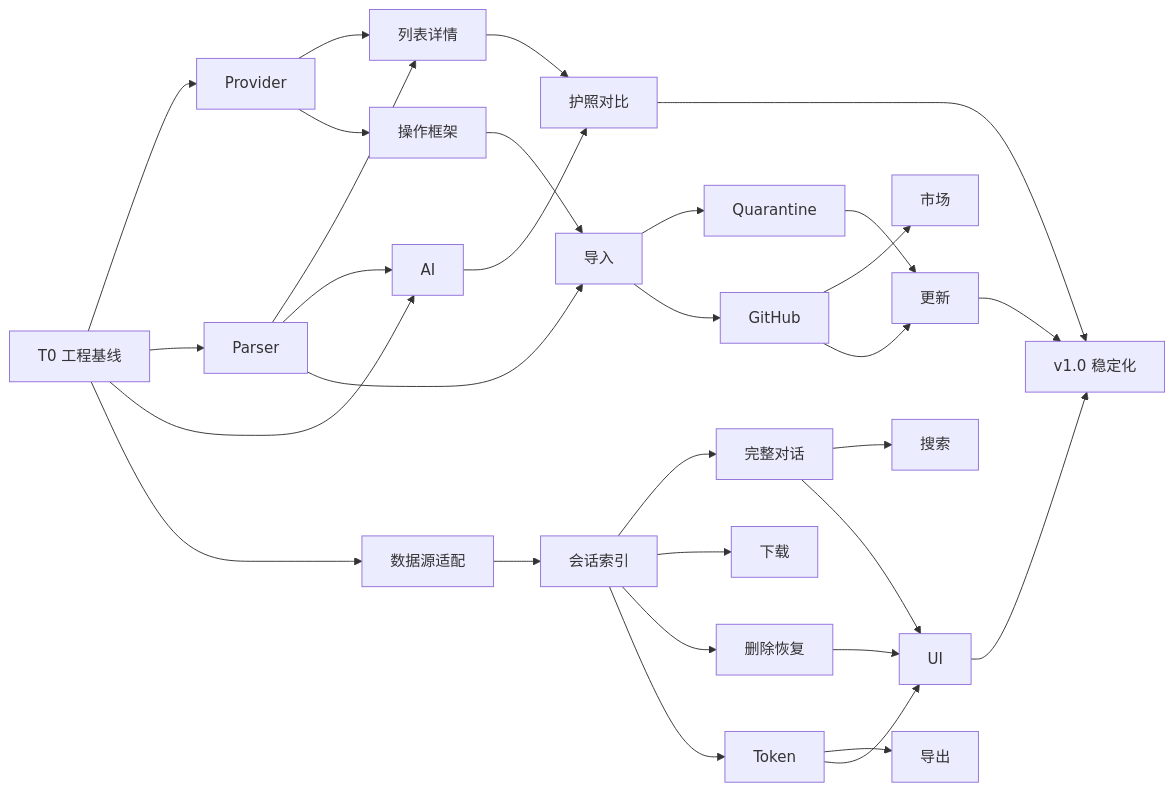
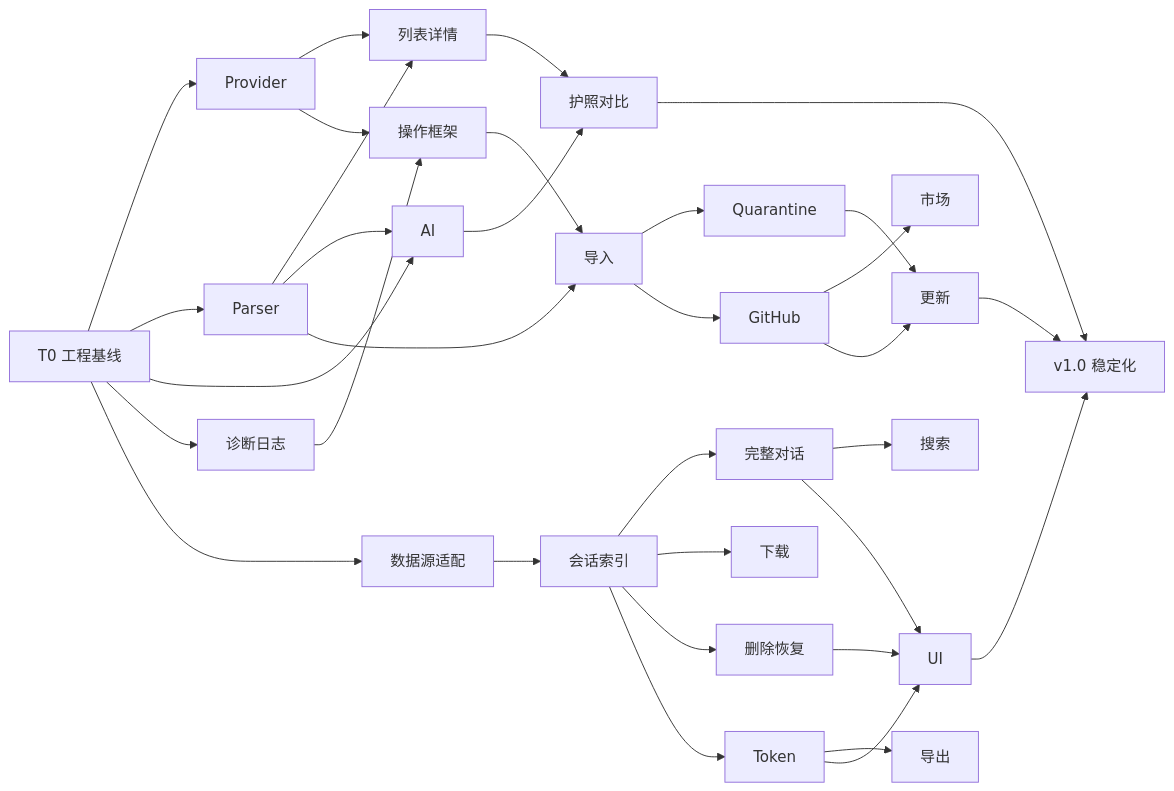
Before and after one commit to MLYR/Codex-O: the diagram in doc/实施计划.md, drawn with Mermaid. The commit also changed other lines of this file and 15 other files, not shown here.

````diff
--- a/doc/实施计划.md
+++ b/doc/实施计划.md
@@ -453,36 +473,38 @@
 ```mermaid
 flowchart LR
     T0[T0 工程基线] --> S1[Provider]
     T0 --> S2[Parser]
     T0 --> S4[AI]
     S1 --> S3[列表详情]
     S2 --> S3
     S2 --> S4
     S3 --> S5[护照对比]
     S4 --> S5
 
-    S1 --> K1[操作框架]
+    T0 --> D0[诊断日志]
+    D0 --> K1[操作框架]
+    S1 --> K1
     S2 --> K2[导入]
     K1 --> K2
     K2 --> K3[Quarantine]
     K2 --> K4[GitHub]
     K4 --> K5[市场]
     K3 --> K6[更新]
     K4 --> K6
 
     T0 --> U1[数据源适配]
     U1 --> U2[会话索引]
     U2 --> U3[完整对话]
     U2 --> U4[下载]
     U2 --> U5[删除恢复]
     U3 --> U6[搜索]
     U2 --> U7[Token]
     U7 --> U8[导出]
     U3 --> U9[UI]
     U5 --> U9
     U7 --> U9
 
     S5 --> R[v1.0 稳定化]
     K6 --> R
     U9 --> R
 ```
````
